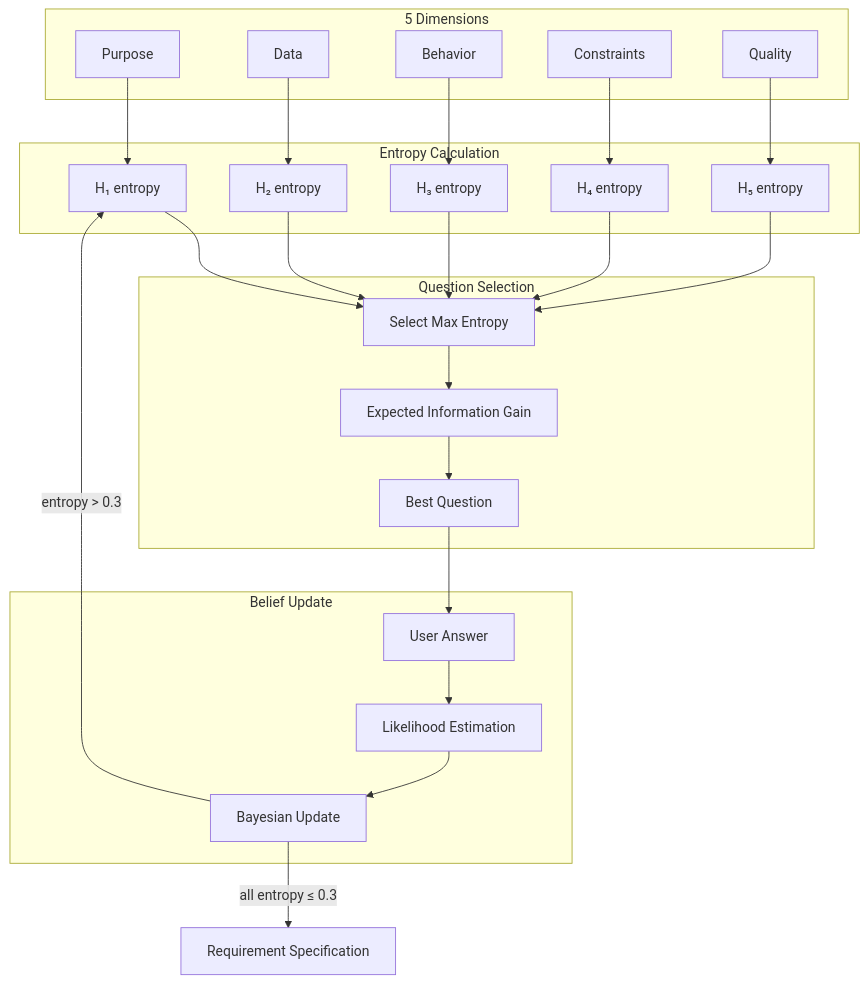
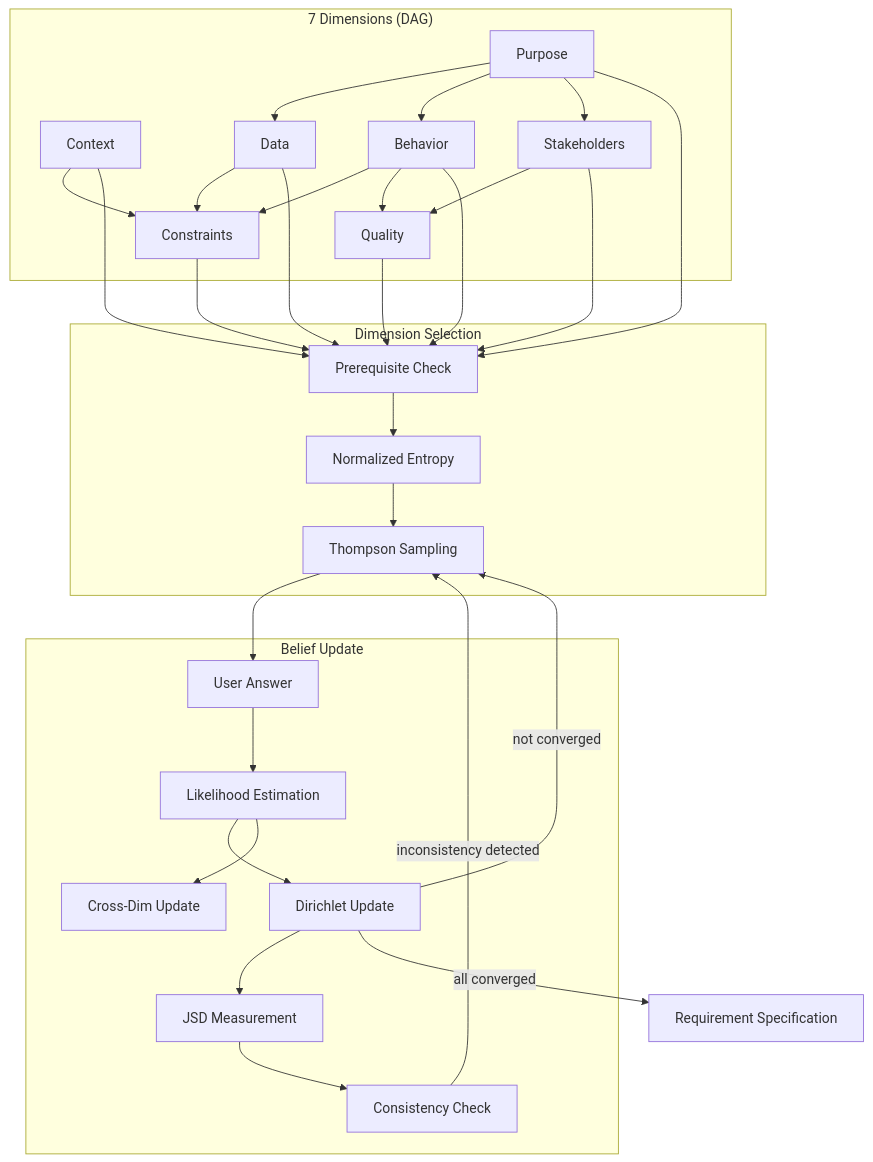
Before and after one commit to h315uk3/symbiosis: the diagram in plugins/with-me/docs/technical-overview.md, drawn with Mermaid. The commit also changed other lines of this file and 8 other files, not shown here.

````diff
--- a/plugins/with-me/docs/technical-overview.md
+++ b/plugins/with-me/docs/technical-overview.md
@@ -54,45 +56,49 @@
 ```mermaid
 graph TD
-    subgraph "5 Dimensions"
+    subgraph "7 Dimensions (DAG)"
         Purpose[Purpose]
+        Context[Context]
         Data[Data]
         Behavior[Behavior]
+        Stakeholders[Stakeholders]
         Constraints[Constraints]
         Quality[Quality]
     end
 
-    subgraph "Entropy Calculation"
-        H1[H₁ entropy]
-        H2[H₂ entropy]
-        H3[H₃ entropy]
-        H4[H₄ entropy]
-        H5[H₅ entropy]
-    end
+    Purpose --> Data
+    Purpose --> Behavior
+    Purpose --> Stakeholders
+    Context --> Constraints
+    Behavior --> Constraints
+    Data --> Constraints
+    Stakeholders --> Quality
+    Behavior --> Quality
 
-    subgraph "Question Selection"
-        MaxH[Select Max Entropy]
-        EIG[Expected Information Gain]
-        Question[Best Question]
+    subgraph "Dimension Selection"
+        Thompson[Thompson Sampling]
+        Entropy[Normalized Entropy]
+        Prereqs[Prerequisite Check]
     end
 
     subgraph "Belief Update"
         Answer[User Answer]
         Likelihood[Likelihood Estimation]
-        Bayes[Bayesian Update]
+        Dirichlet[Dirichlet Update]
+        Secondary[Cross-Dim Update]
+        JSD[JSD Measurement]
+        Presheaf[Consistency Check]
     end
 
-    Purpose --> H1
-    Data --> H2
-    Behavior --> H3
-    Constraints --> H4
-    Quality --> H5
-
-    H1 & H2 & H3 & H4 & H5 --> MaxH
-    MaxH --> EIG
-    EIG --> Question
-    Question --> Answer
+    Purpose & Context & Data & Behavior & Stakeholders & Constraints & Quality --> Prereqs
+    Prereqs --> Entropy
+    Entropy --> Thompson
+    Thompson --> Answer
     Answer --> Likelihood
-    Likelihood --> Bayes
-    Bayes -->|entropy > 0.3| H1
-    Bayes -->|all entropy ≤ 0.3| Converged[Requirement Specification]
+    Likelihood --> Dirichlet
+    Likelihood --> Secondary
+    Dirichlet --> JSD
+    JSD --> Presheaf
+    Presheaf -->|inconsistency detected| Thompson
+    Dirichlet -->|not converged| Thompson
+    Dirichlet -->|all converged| Converged[Requirement Specification]
 ```
````
